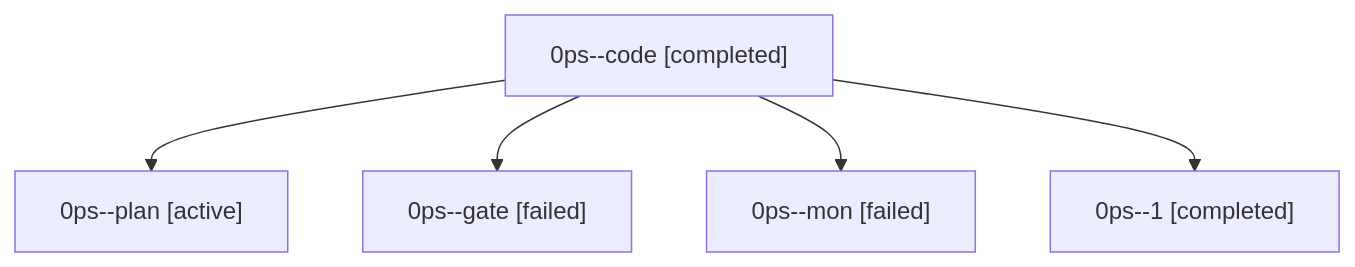
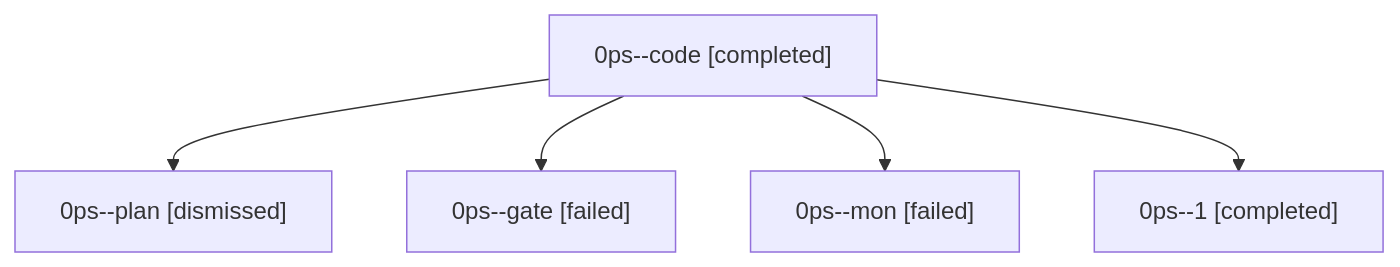
Before and after one commit to sase-org/sase--agents: the diagram in sessions/bbugyi200.athena.0ps.md, drawn with Mermaid. The commit also changed other lines of this file and 36 other files, not shown here.

````diff
--- a/sessions/bbugyi200.athena.0ps.md
+++ b/sessions/bbugyi200.athena.0ps.md
@@ -9,12 +9,12 @@
 ```mermaid
 flowchart TD
   n0["0ps--code [completed]"]
-  n1["0ps--plan [active]"]
+  n1["0ps--plan [dismissed]"]
   n0 --> n1
   n2["0ps--gate [failed]"]
   n0 --> n2
   n3["0ps--mon [failed]"]
   n0 --> n3
   n4["0ps--1 [completed]"]
   n0 --> n4
 ```
````
